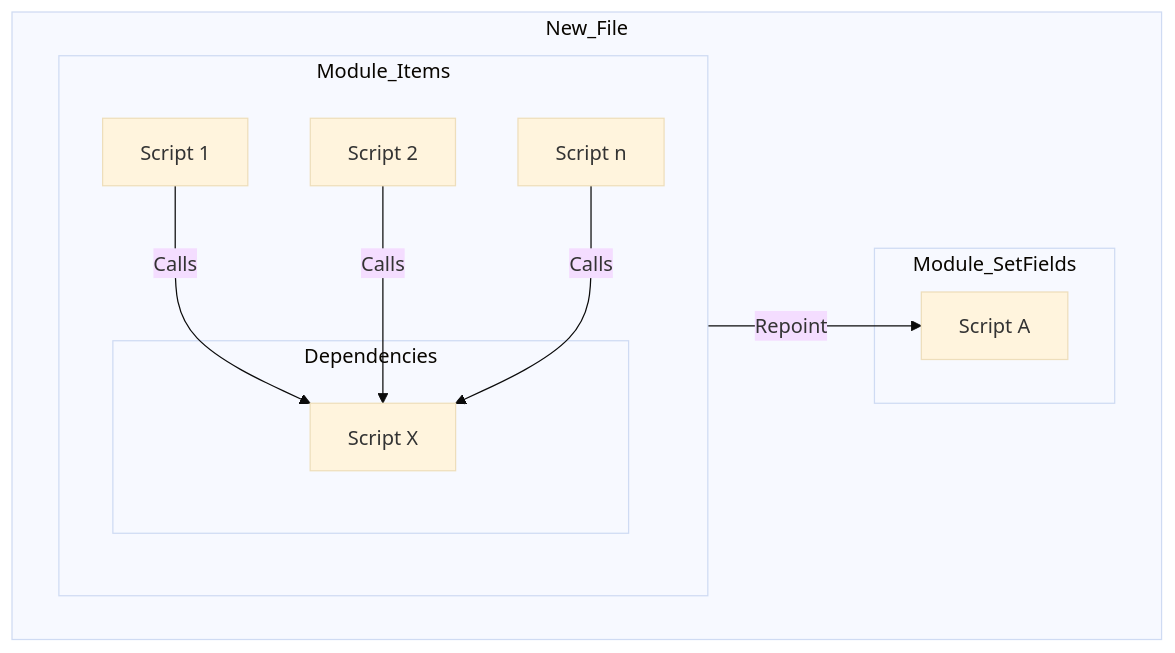
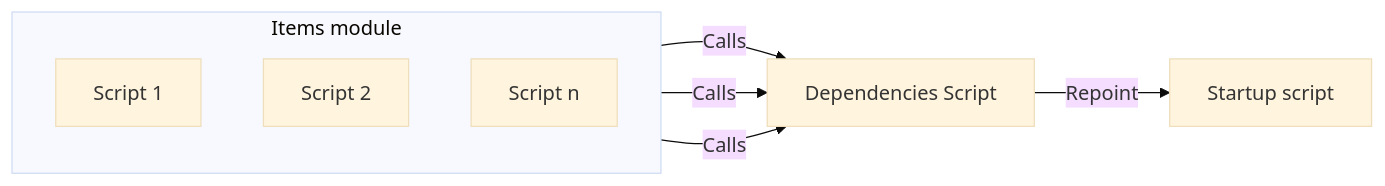
Before and after one commit to CloudChi/FX-Framework: the fourth of 4 diagrams in Dependencies.md, drawn with Mermaid (base theme). The commit also changed other lines of this file, not shown here.

````diff
--- a/Dependencies.md
+++ b/Dependencies.md
@@ -88,22 +74,16 @@
 ```mermaid
 graph LR
-    subgraph New_File
         direction LR
-        subgraph Module_Items
+        subgraph Items module
             direction TB
             A[Script 1]
             B[Script 2]
             C[Script n]
-            subgraph Dependencies
-                D[Script X]
-            end
         end
-        subgraph Module_SetFields
-               E[Script A]
-        end
+        D[Dependencies Script]
+        E[Startup script]
         A --Calls--> D
         B --Calls--> D
         C --Calls--> D
         D --Repoint--> E
-    end
 ```
````
